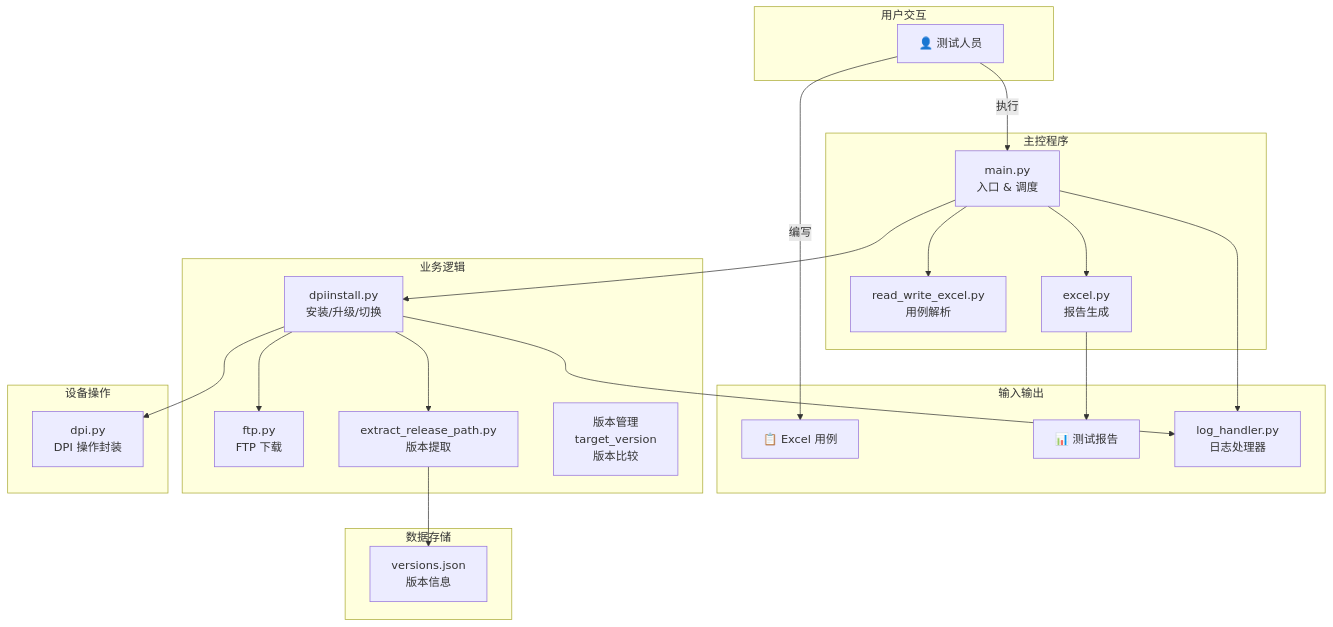
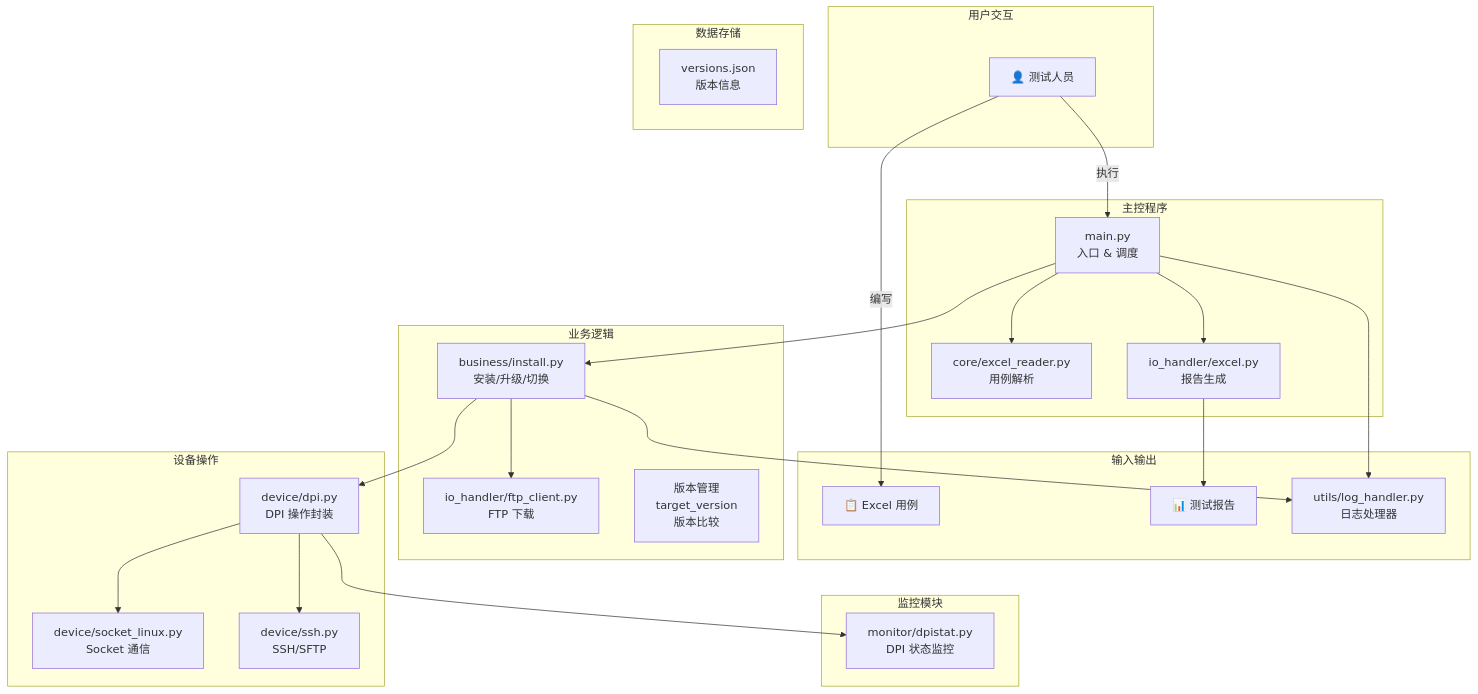
The first of 22 diagrams in 系统架构文档.md (weihang1258/dpiAutoExcel), drawn with Mermaid before and after one commit. The commit also changed other lines of this file and 630 other files, not shown here.

````diff
--- a/系统架构文档.md
+++ b/系统架构文档.md
@@ -7,47 +7,53 @@
 ```mermaid
 graph TD
     subgraph 用户交互
         USER[👤 测试人员]
     end
 
     subgraph 输入输出
         EXCEL[📋 Excel 用例]
         REPORT[📊 测试报告]
         LOG[📝 日志文件]
     end
 
     subgraph 主控程序
         MAIN[main.py<br/>入口 & 调度]
-        RW[read_write_excel.py<br/>用例解析]
-        EX[excel.py<br/>报告生成]
+        RW[core/excel_reader.py<br/>用例解析]
+        EX[io_handler/excel.py<br/>报告生成]
     end
 
     subgraph 业务逻辑
-        INSTALL[dpiinstall.py<br/>安装/升级/切换]
-        FTP[ftp.py<br/>FTP 下载]
-        ERP[extract_release_path.py<br/>版本提取]
-        LOG[log_handler.py<br/>日志处理器]
+        INSTALL[business/install.py<br/>安装/升级/切换]
+        FTP[io_handler/ftp_client.py<br/>FTP 下载]
         VERSION[版本管理<br/>target_version<br/>版本比较]
+        LOG[utils/log_handler.py<br/>日志处理器]
     end
 
     subgraph 设备操作
-        DPI[dpi.py<br/>DPI 操作封装]
+        DPI[device/dpi.py<br/>DPI 操作封装]
+        SOCK[device/socket_linux.py<br/>Socket 通信]
+        SSH[device/ssh.py<br/>SSH/SFTP]
+    end
+
+    subgraph 监控模块
+        STAT[monitor/dpistat.py<br/>DPI 状态监控]
     end
 
     subgraph 数据存储
         VJSON[versions.json<br/>版本信息]
     end
 
     USER -->|编写| EXCEL
     USER -->|执行| MAIN
     MAIN --> RW
     MAIN --> EX
     MAIN --> INSTALL
     INSTALL --> FTP
-    INSTALL --> ERP
     INSTALL --> DPI
     INSTALL --> LOG
-    ERP --> VJSON
+    DPI --> SOCK
+    DPI --> SSH
+    DPI --> STAT
     EX --> REPORT
     MAIN --> LOG
 ```
````
